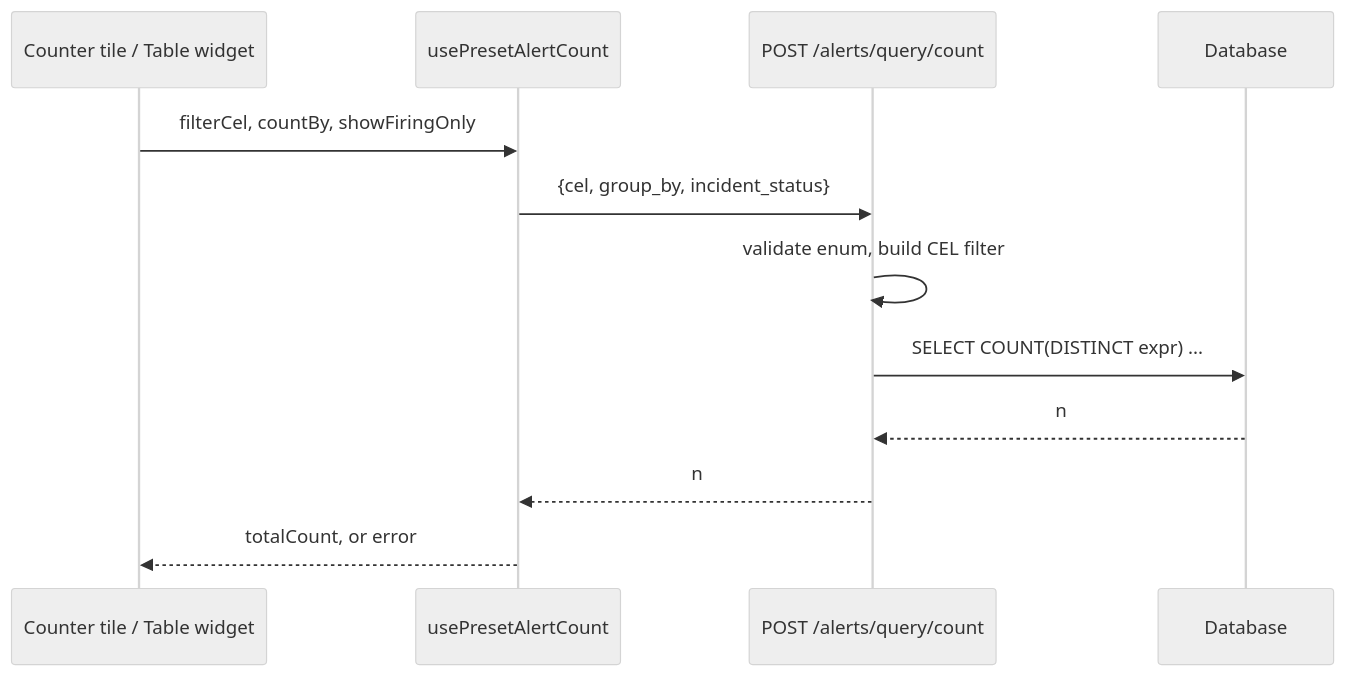
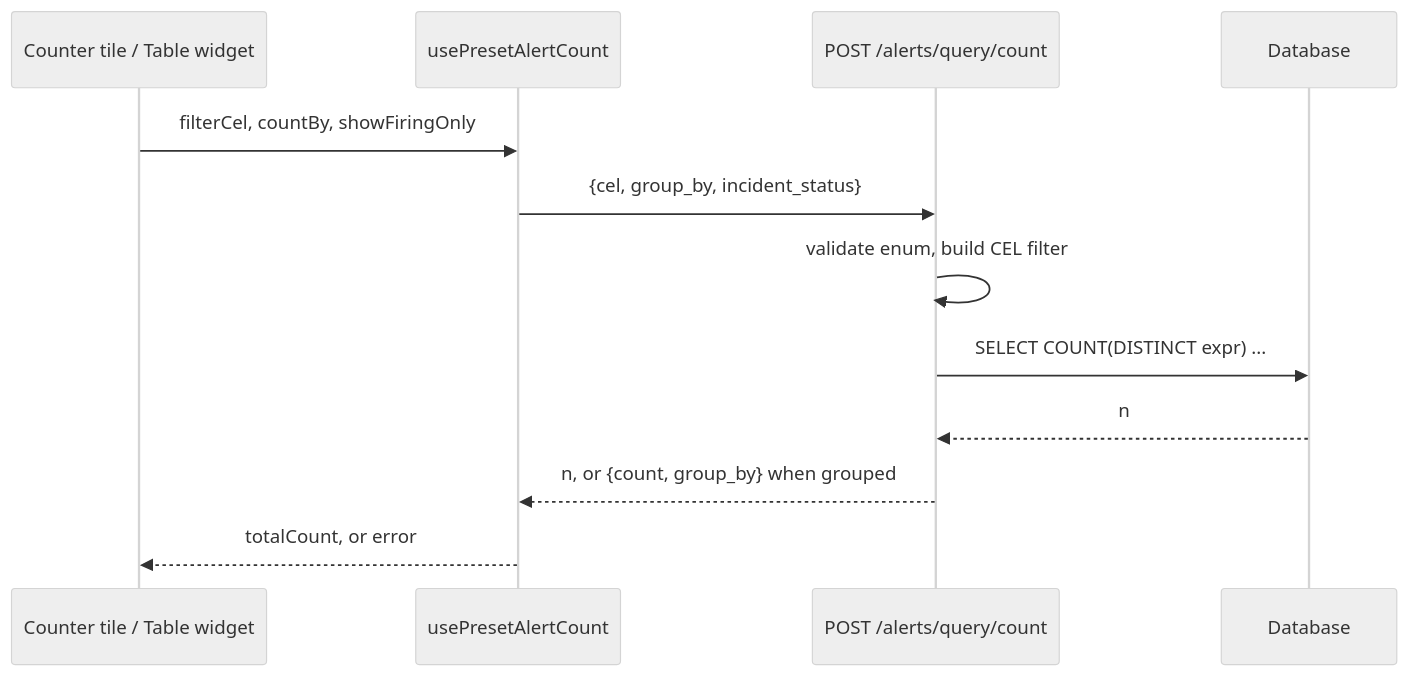
The diagram in docs/superpowers/specs/2026-10-08-alert-count-group-by-design.md (venaTeam/keep-api-gateway), drawn with Mermaid (neutral theme) before and after one commit. The commit also changed other lines of this file and 1 other file, not shown here.

First line of the commit message:
docs: remove the implementation plan and bring the count-by spec in line

````diff
--- a/docs/superpowers/specs/2026-10-08-alert-count-group-by-design.md
+++ b/docs/superpowers/specs/2026-10-08-alert-count-group-by-design.md
@@ -62,14 +62,14 @@
 ```mermaid
 sequenceDiagram
     participant W as Counter tile / Table widget
     participant H as usePresetAlertCount
     participant G as POST /alerts/query/count
     participant DB as Database
     W->>H: filterCel, countBy, showFiringOnly
     H->>G: {cel, group_by, incident_status}
     G->>G: validate enum, build CEL filter
     G->>DB: SELECT COUNT(DISTINCT expr) ...
     DB-->>G: n
-    G-->>H: n
+    G-->>H: n, or {count, group_by} when grouped
     H-->>W: totalCount, or error
 ```
````
